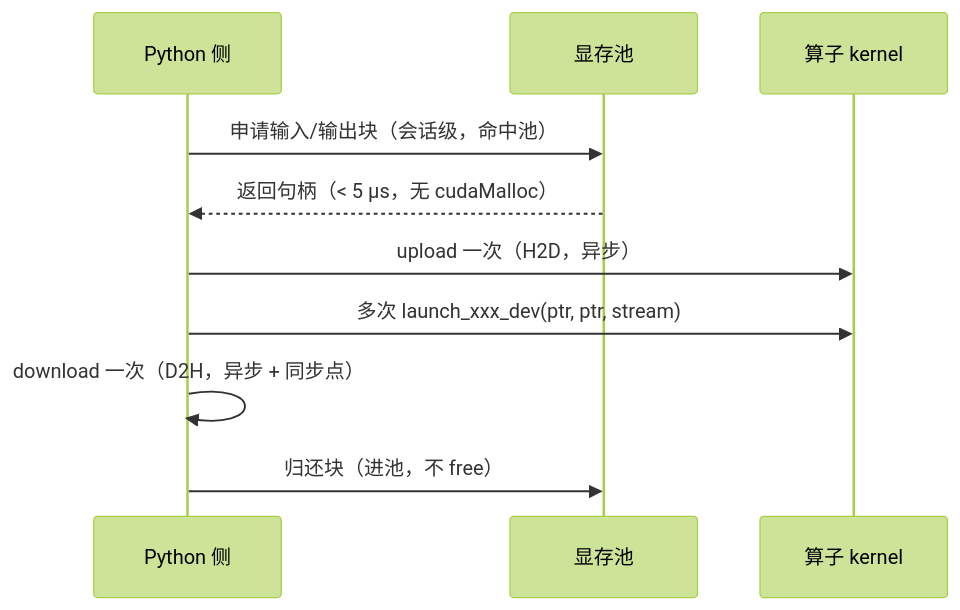
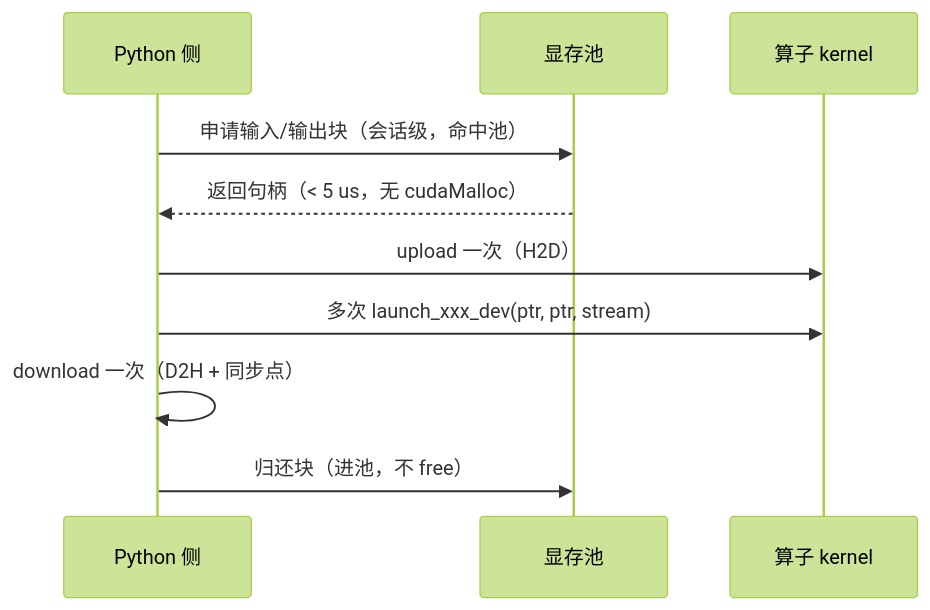
The fourth of 7 diagrams in doc/CUDAC/显存管理.md (Kasago886/Enneuro-Project), drawn with Mermaid (forest theme) before and after one commit. The commit also changed other lines of this file and 2 other files, not shown here.

````diff
--- a/doc/CUDAC/显存管理.md
+++ b/doc/CUDAC/显存管理.md
@@ -279,12 +387,12 @@
 ```mermaid
 sequenceDiagram
     participant Py as Python 侧
     participant Pool as 显存池
     participant K as 算子 kernel
     Py->>Pool: 申请输入/输出块（会话级，命中池）
-    Pool-->>Py: 返回句柄（< 5 µs，无 cudaMalloc）
-    Py->>K: upload 一次（H2D，异步）
+    Pool-->>Py: 返回句柄（< 5 us，无 cudaMalloc）
+    Py->>K: upload 一次（H2D）
     Py->>K: 多次 launch_xxx_dev(ptr, ptr, stream)
-    Py->>Py: download 一次（D2H，异步 + 同步点）
+    Py->>Py: download 一次（D2H + 同步点）
     Py->>Pool: 归还块（进池，不 free）
 ```
````
